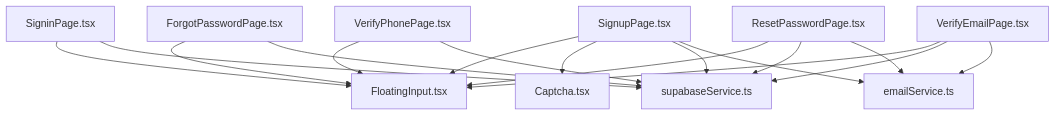
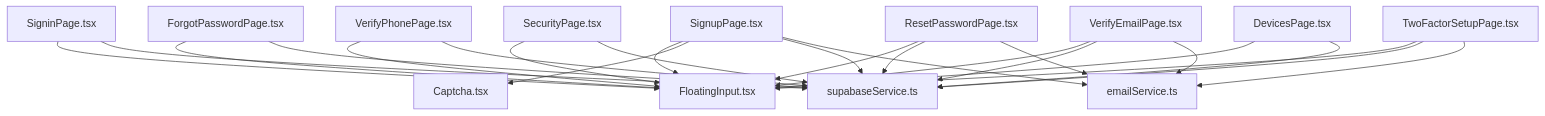
The ninth of 9 diagrams in .qoder/repowiki/en/content/Page Components/Authentication Pages.md (zpria/ACCOUND-ZPRIA), drawn with Mermaid before and after one commit. The commit also changed other lines of this file and 12 other files, not shown here.

````diff
--- a/.qoder/repowiki/en/content/Page Components/Authentication Pages.md
+++ b/.qoder/repowiki/en/content/Page Components/Authentication Pages.md
@@ -467,19 +401,26 @@
 ```mermaid
 graph TB
 SI["SigninPage.tsx"] --> FI["FloatingInput.tsx"]
 SU["SignupPage.tsx"] --> FI
 SU --> CP["Captcha.tsx"]
 FP["ForgotPasswordPage.tsx"] --> FI
 RP["ResetPasswordPage.tsx"] --> FI
 VE["VerifyEmailPage.tsx"] --> FI
 VP["VerifyPhonePage.tsx"] --> FI
+TFS["TwoFactorSetupPage.tsx"] --> FI
+SEC["SecurityPage.tsx"] --> FI
+DEV["DevicesPage.tsx"] --> FI
 SI --> SB["supabaseService.ts"]
 SU --> SB
 FP --> SB
 RP --> SB
 VE --> SB
 VP --> SB
+TFS --> SB
+SEC --> SB
+DEV --> SB
 SU --> ES["emailService.ts"]
 VE --> ES
 RP --> ES
+TFS --> ES
 ```
````
